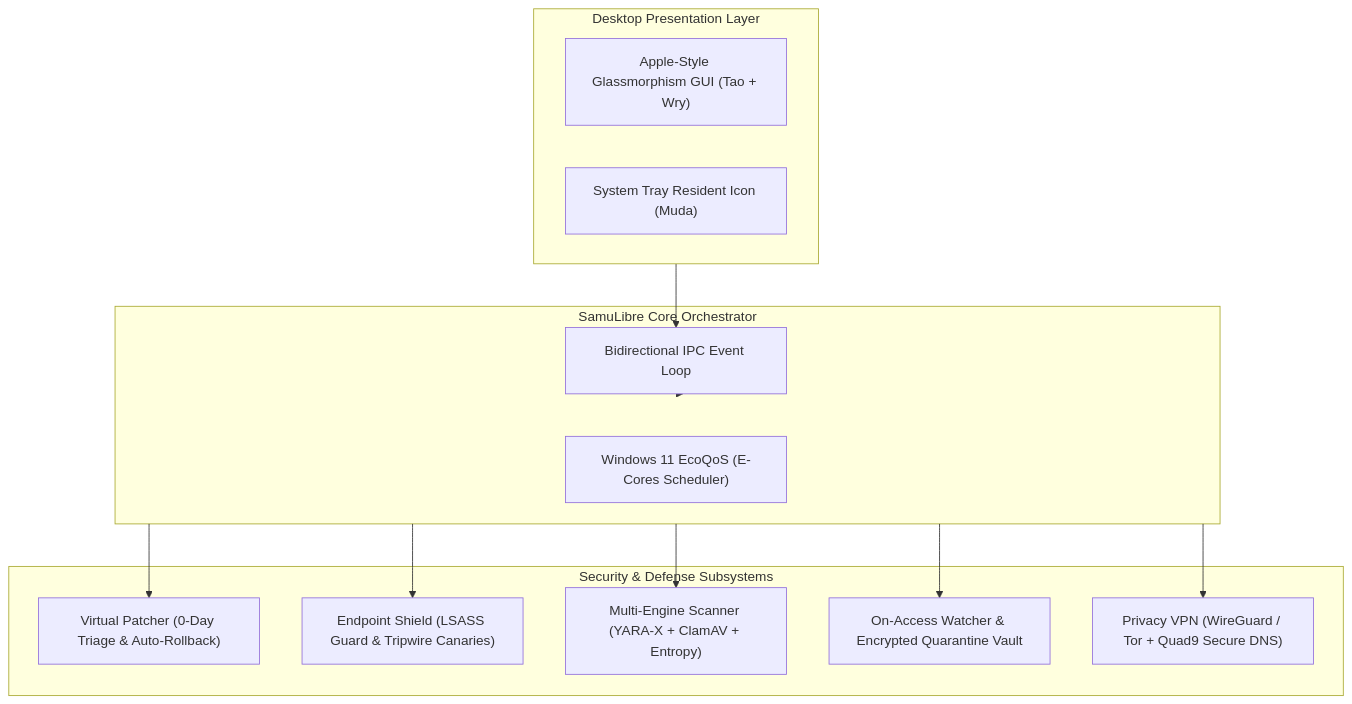
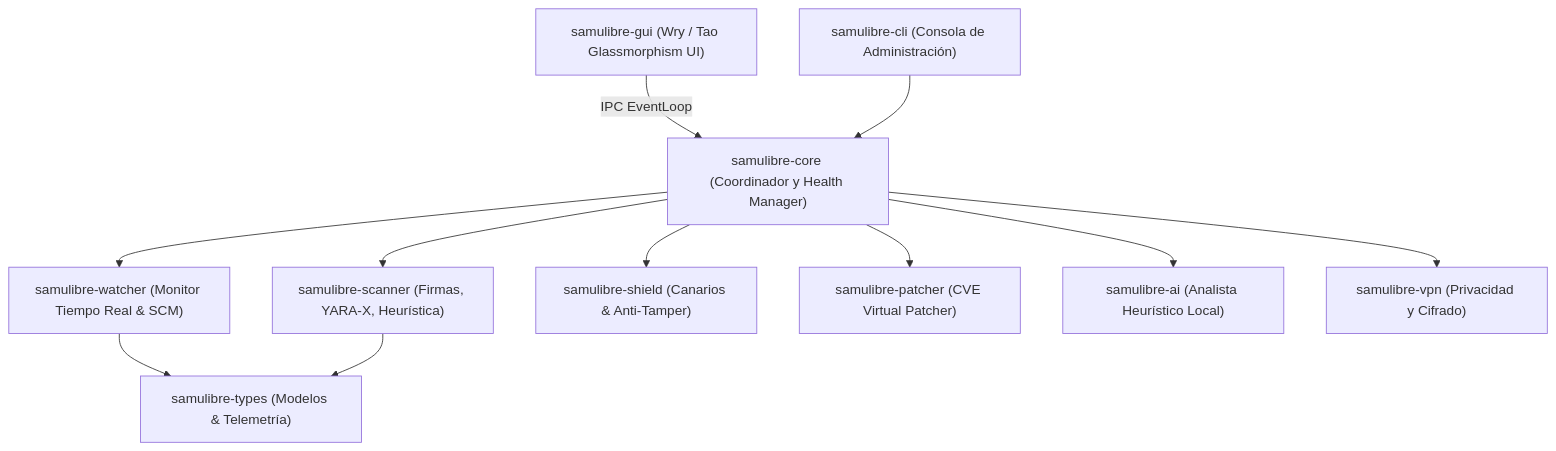
Before and after one commit to saghet/SamuLibre: the diagram in README.md, drawn with Mermaid. The commit also changed other lines of this file and 102 other files, not shown here.

Commit message:
feat(release): v2.1.13 - auditoria integral, servicio windows SCM 24/7, devsecops y empaquetado profesional

````diff
--- a/README.md
+++ b/README.md
@@ -99,28 +62,25 @@
 ```mermaid
-flowchart TD
-    subgraph UI["Desktop Presentation Layer"]
-        GUI["Apple-Style Glassmorphism GUI (Tao + Wry)"]
-        Tray["System Tray Resident Icon (Muda)"]
-    end
+graph TD
+    UI["samulibre-gui (Wry / Tao Glassmorphism UI)"]
+    CLI["samulibre-cli (Consola de Administración)"]
+    CORE["samulibre-core (Coordinador y Health Manager)"]
 
-    subgraph Core["SamuLibre Core Orchestrator"]
-        EventBus["Bidirectional IPC Event Loop"]
-        Scheduler["Windows 11 EcoQoS (E-Cores Scheduler)"]
-    end
+    WATCHER["samulibre-watcher (Monitor Tiempo Real & SCM)"]
+    SCANNER["samulibre-scanner (Firmas, YARA-X, Heurística)"]
+    SHIELD["samulibre-shield (Canarios & Anti-Tamper)"]
+    PATCHER["samulibre-patcher (CVE Virtual Patcher)"]
+    AI["samulibre-ai (Analista Heurístico Local)"]
+    VPN["samulibre-vpn (Privacidad y Cifrado)"]
+    TYPES["samulibre-types (Modelos & Telemetría)"]
 
-    subgraph Engines["Security & Defense Subsystems"]
-        Patcher["Virtual Patcher (0-Day Triage & Auto-Rollback)"]
-        Shield["Endpoint Shield (LSASS Guard & Tripwire Canaries)"]
-        Scanner["Multi-Engine Scanner (YARA-X + ClamAV + Entropy)"]
-        Watcher["On-Access Watcher & Encrypted Quarantine Vault"]
-        VPN["Privacy VPN (WireGuard / Tor + Quad9 Secure DNS)"]
-    end
-
-    UI --> EventBus
-    EventBus --> Core
-    Core --> Patcher
-    Core --> Shield
-    Core --> Scanner
-    Core --> Watcher
-    Core --> VPN
+    UI -->|IPC EventLoop| CORE
+    CLI --> CORE
+    CORE --> WATCHER
+    CORE --> SCANNER
+    CORE --> SHIELD
+    CORE --> PATCHER
+    CORE --> AI
+    CORE --> VPN
+    WATCHER --> TYPES
+    SCANNER --> TYPES
 ```
````
